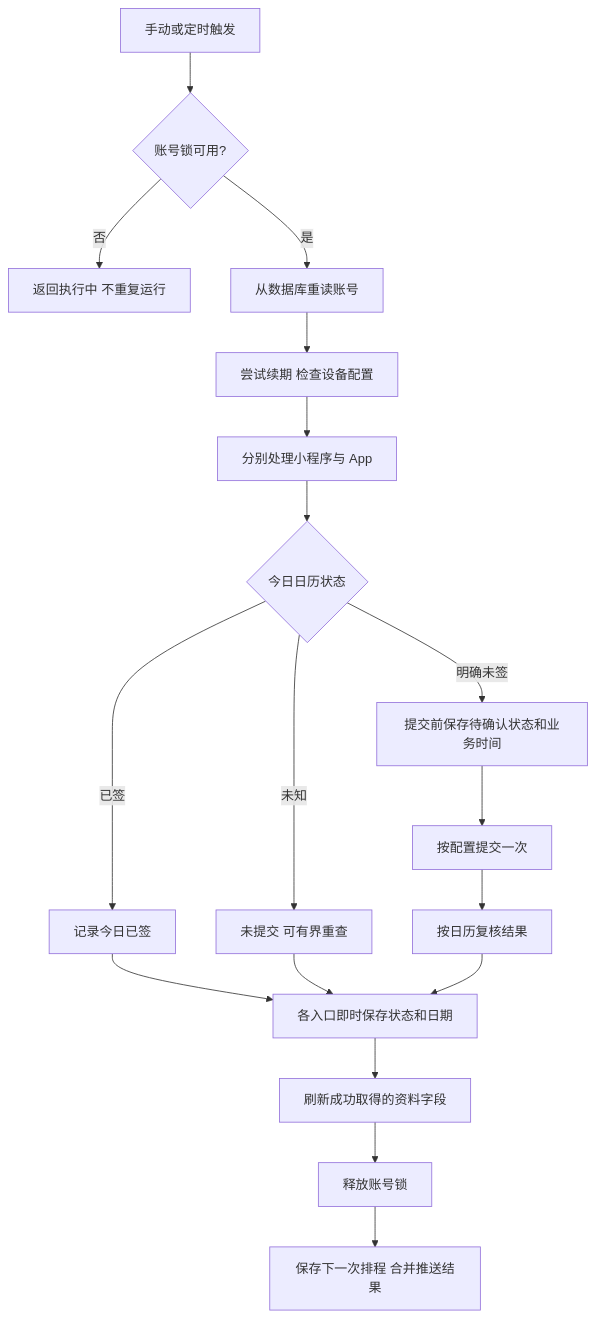
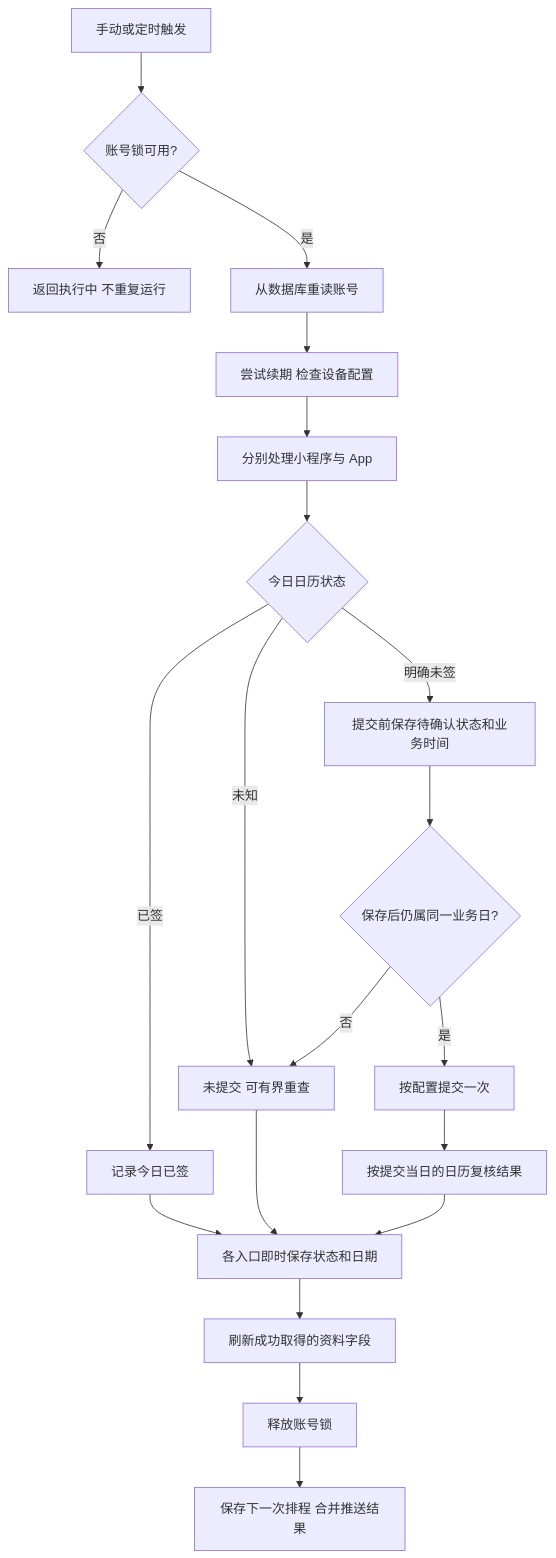
The diagram in docs/architecture.md (knightHuo/longfor-auto-checkin), drawn with Mermaid before and after one commit. The commit also changed other lines of this file and 11 other files, not shown here.

````diff
--- a/docs/architecture.md
+++ b/docs/architecture.md
@@ -30,20 +32,22 @@
 ```mermaid
 flowchart TD
     A[手动或定时触发] --> B{账号锁可用?}
     B -->|否| C[返回执行中 不重复运行]
     B -->|是| D[从数据库重读账号]
     D --> E[尝试续期 检查设备配置]
     E --> F[分别处理小程序与 App]
     F --> G{今日日历状态}
     G -->|已签| H[记录今日已签]
     G -->|未知| I[未提交 可有界重查]
     G -->|明确未签| P[提交前保存待确认状态和业务时间]
-    P --> J[按配置提交一次]
-    J --> K[按日历复核结果]
+    P --> Q{保存后仍属同一业务日?}
+    Q -->|是| J[按配置提交一次]
+    Q -->|否| I
+    J --> K[按提交当日的日历复核结果]
     H --> L[各入口即时保存状态和日期]
     I --> L
     K --> L
     L --> M[刷新成功取得的资料字段]
     M --> N[释放账号锁]
     N --> O[保存下一次排程 合并推送结果]
 ```
````
